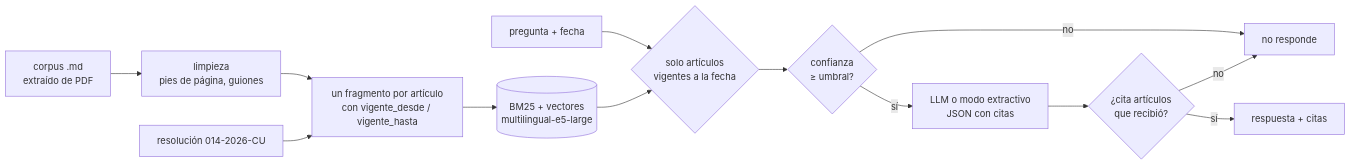
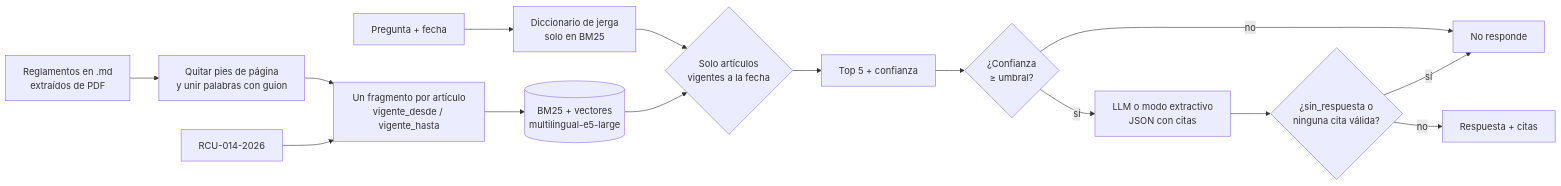
The second of 3 diagrams in proyectos/06-asistente-reglamento-rag/README.md (marcelo-sosa-data/data-ai-lab), drawn with Mermaid before and after one commit. The commit also changed other lines of this file and 49 other files, not shown here.

Commit message:
readmes: fuera las capturas, diagramas del proceso en mermaid y texto más directo

````diff
--- a/proyectos/06-asistente-reglamento-rag/README.md
+++ b/proyectos/06-asistente-reglamento-rag/README.md
@@ -20,15 +51,17 @@
 ```mermaid
 flowchart LR
-    pdf[corpus .md<br/>extraído de PDF] --> limpiar[limpieza<br/>pies de página, guiones]
-    limpiar --> frag[un fragmento por artículo<br/>con vigente_desde / vigente_hasta]
-    res[resolución 014-2026-CU] --> frag
+    md[Reglamentos en .md<br/>extraídos de PDF] --> limpiar[Quitar pies de página<br/>y unir palabras con guion]
+    limpiar --> frag[Un fragmento por artículo<br/>vigente_desde / vigente_hasta]
+    res[RCU-014-2026] --> frag
     frag --> idx[(BM25 + vectores<br/>multilingual-e5-large)]
-    q[pregunta + fecha] --> filtro{solo artículos<br/>vigentes a la fecha}
+    q[Pregunta + fecha] --> jerga[Diccionario de jerga<br/>solo en BM25]
+    jerga --> filtro{Solo artículos<br/>vigentes a la fecha}
     idx --> filtro
-    filtro --> conf{confianza<br/>≥ umbral?}
-    conf -- no --> no[no responde]
+    filtro --> top[Top 5 + confianza]
+    top --> conf{¿Confianza<br/>≥ umbral?}
+    conf -- no --> no[No responde]
     conf -- sí --> llm[LLM o modo extractivo<br/>JSON con citas]
-    llm --> check{¿cita artículos<br/>que recibió?}
-    check -- no --> no
-    check -- sí --> ok[respuesta + citas]
+    llm --> check{¿sin_respuesta o<br/>ninguna cita válida?}
+    check -- sí --> no
+    check -- no --> ok[Respuesta + citas]
 ```
````
